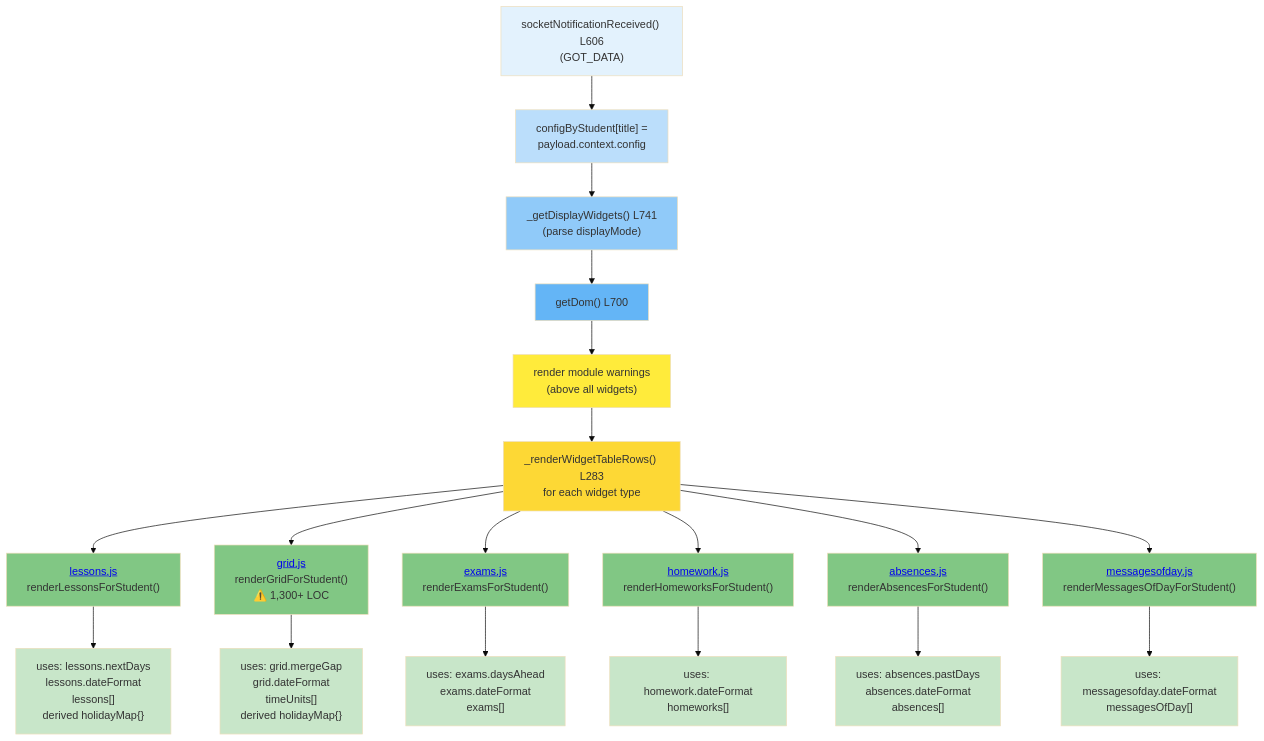
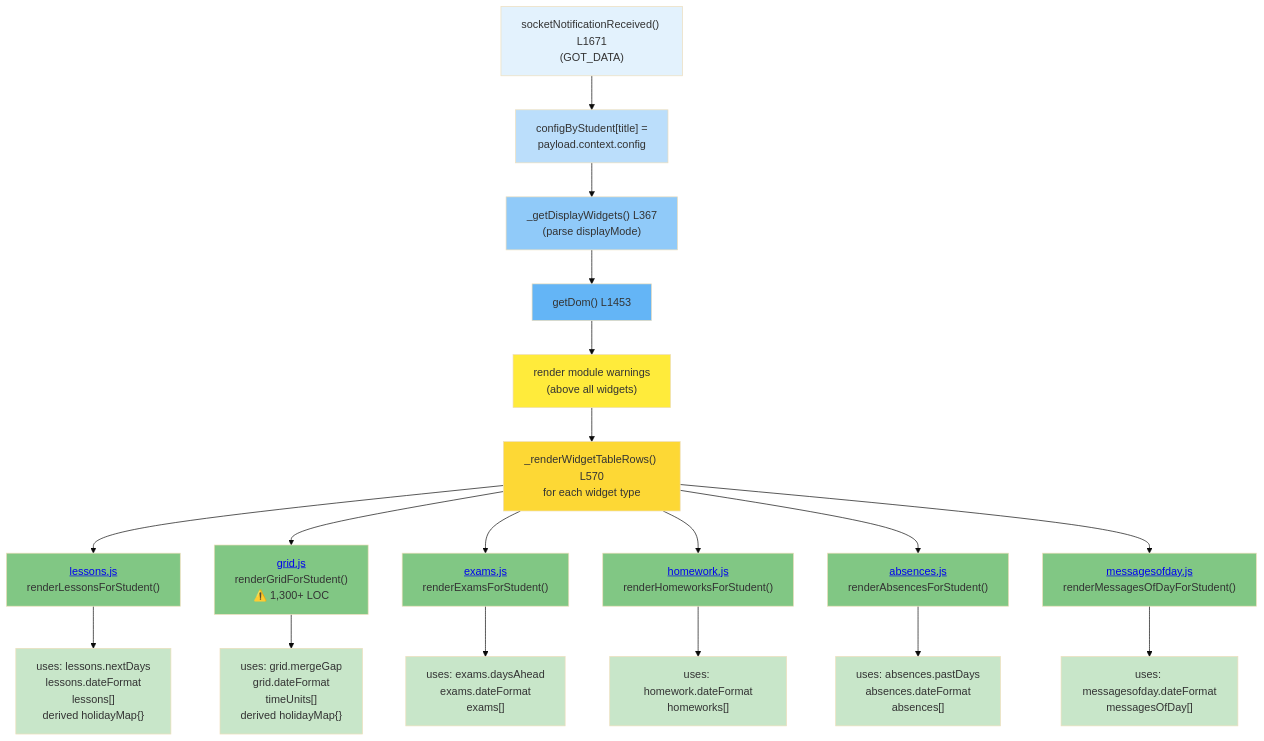
Before and after one commit to HeikoGr/MMM-Webuntis: the fifth of 13 diagrams in docs/ARCHITECTURE.md, drawn with Mermaid (base theme). The commit also changed other lines of this file and 32 other files, not shown here.

````diff
--- a/docs/ARCHITECTURE.md
+++ b/docs/ARCHITECTURE.md
@@ -513,36 +537,36 @@
 ```mermaid
 graph TD
-    FE["socketNotificationReceived() L606<br/>(GOT_DATA)"]:::frontend
+    FE["socketNotificationReceived() L1671<br/>(GOT_DATA)"]:::frontend
     --> CB["configByStudent[title] =<br/>payload.context.config"]:::store
-    --> VW["_getDisplayWidgets() L741<br/>(parse displayMode)"]:::parse
-    --> DOM["getDom() L700"]:::render
+    --> VW["_getDisplayWidgets() L367<br/>(parse displayMode)"]:::parse
+    --> DOM["getDom() L1453"]:::render
     --> WRN["render module warnings<br/>(above all widgets)"]:::warn
-    --> RW["_renderWidgetTableRows() L283<br/>for each widget type"]:::loop
+    --> RW["_renderWidgetTableRows() L570<br/>for each widget type"]:::loop
 
-    RW --> W1["<a href='../widgets/lessons.js#L26'>lessons.js</a><br/>renderLessonsForStudent()"]:::widget
+    RW --> W1["<a href='../widgets/lessons.js#L79'>lessons.js</a><br/>renderLessonsForStudent()"]:::widget
     W1 --> W1B["uses: lessons.nextDays<br/>lessons.dateFormat<br/>lessons[]<br/>derived holidayMap{}"]:::config
 
-    RW --> W2["<a href='../widgets/grid.js#L33'>grid.js</a><br/>renderGridForStudent()<br/>⚠️ 1,300+ LOC"]:::widget
+    RW --> W2["<a href='../widgets/grid.js#L2089'>grid.js</a><br/>renderGridForStudent()<br/>⚠️ 1,300+ LOC"]:::widget
     W2 --> W2B["uses: grid.mergeGap<br/>grid.dateFormat<br/>timeUnits[]<br/>derived holidayMap{}"]:::config
 
     RW --> W3["<a href='../widgets/exams.js#L26'>exams.js</a><br/>renderExamsForStudent()"]:::widget
     W3 --> W3B["uses: exams.daysAhead<br/>exams.dateFormat<br/>exams[]"]:::config
 
     RW --> W4["<a href='../widgets/homework.js#L26'>homework.js</a><br/>renderHomeworksForStudent()"]:::widget
     W4 --> W4B["uses: homework.dateFormat<br/>homeworks[]"]:::config
 
-    RW --> W5["<a href='../widgets/absences.js#L27'>absences.js</a><br/>renderAbsencesForStudent()"]:::widget
+    RW --> W5["<a href='../widgets/absences.js#L29'>absences.js</a><br/>renderAbsencesForStudent()"]:::widget
     W5 --> W5B["uses: absences.pastDays<br/>absences.dateFormat<br/>absences[]"]:::config
 
-    RW --> W6["<a href='../widgets/messagesofday.js#L23'>messagesofday.js</a><br/>renderMessagesOfDayForStudent()"]:::widget
+    RW --> W6["<a href='../widgets/messagesofday.js#L27'>messagesofday.js</a><br/>renderMessagesOfDayForStudent()"]:::widget
     W6 --> W6B["uses: messagesofday.dateFormat<br/>messagesOfDay[]"]:::config
 
     classDef frontend fill:#e3f2fd
     classDef store fill:#bbdefb
     classDef parse fill:#90caf9
     classDef render fill:#64b5f6
     classDef warn fill:#ffeb3b
     classDef loop fill:#fdd835
     classDef widget fill:#81c784
     classDef config fill:#c8e6c9
 ```
````
